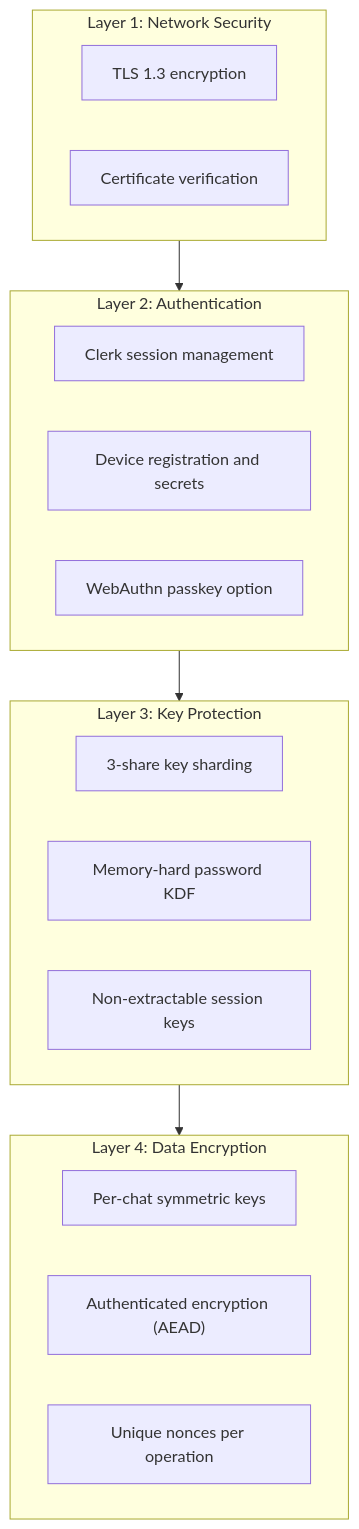
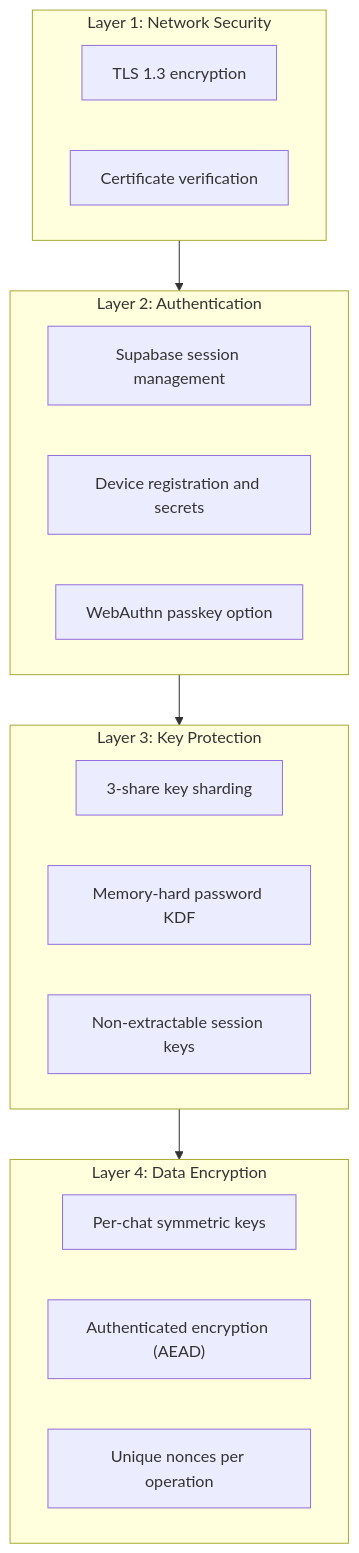
Before and after one commit to onera-app/onera: the diagram in apps/docs/content/docs/whitepaper/security-analysis.mdx, drawn with Mermaid. The commit also changed 12 other files, not shown here.

First line of the commit message:
chore: update documentation to reflect Supabase integration and remove Clerk references

````diff
--- a/apps/docs/content/docs/whitepaper/security-analysis.mdx
+++ b/apps/docs/content/docs/whitepaper/security-analysis.mdx
@@ -61,27 +61,27 @@
 ```mermaid
 flowchart TB
     subgraph L1 [Layer 1: Network Security]
         N1["TLS 1.3 encryption"]
         N2["Certificate verification"]
     end
     
     subgraph L2 [Layer 2: Authentication]
-        A1["Clerk session management"]
+        A1["Supabase session management"]
         A2["Device registration and secrets"]
         A3["WebAuthn passkey option"]
     end
     
     subgraph L3 [Layer 3: Key Protection]
         K1["3-share key sharding"]
         K2["Memory-hard password KDF"]
         K3["Non-extractable session keys"]
     end
     
     subgraph L4 [Layer 4: Data Encryption]
         D1["Per-chat symmetric keys"]
         D2["Authenticated encryption (AEAD)"]
         D3["Unique nonces per operation"]
     end
     
     L1 --> L2 --> L3 --> L4
 ```
````
